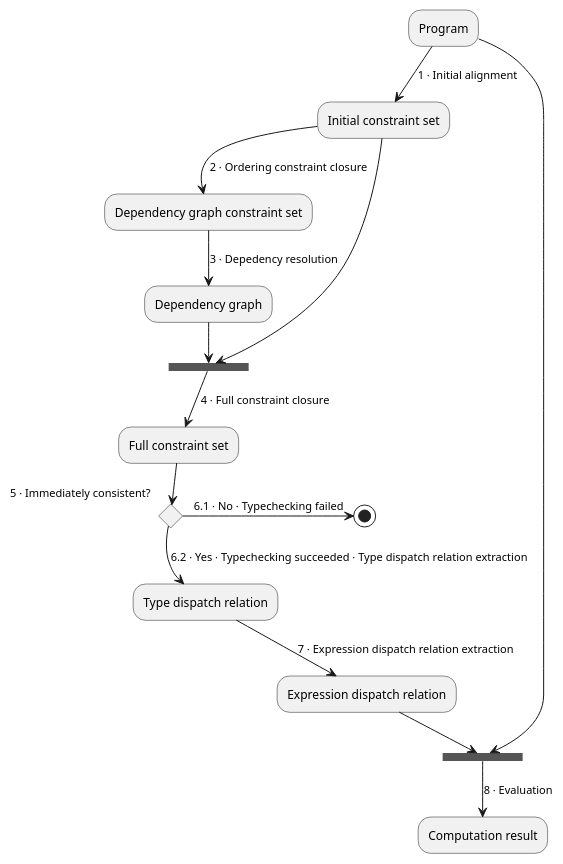
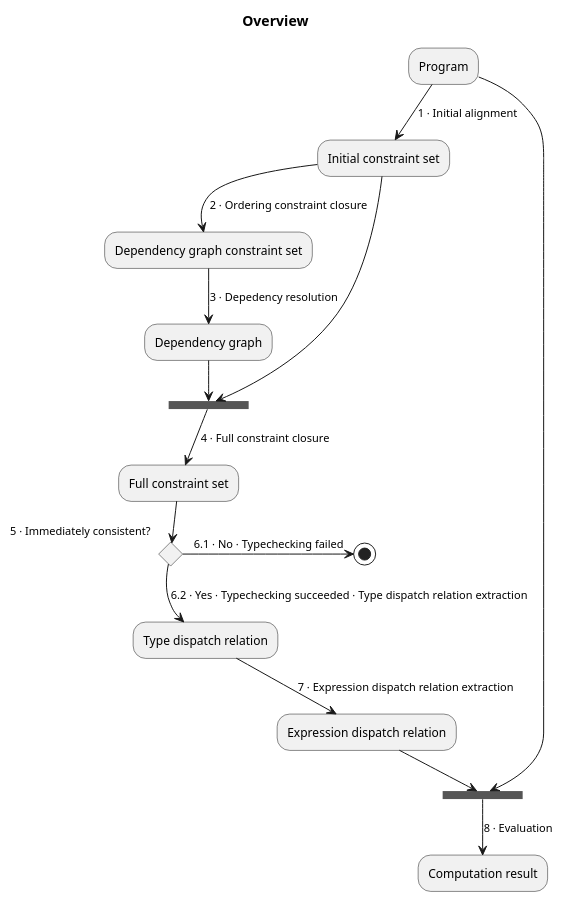
One commit to JHU-PL-Lab/whayrf changed the first of 2 diagrams in docs/implementation-notes.org. Above: the diagram before and after it, drawn with PlantUML. The commit also changed other lines of this file and 5 other files, not shown here.

```diff
--- a/docs/implementation-notes.org
+++ b/docs/implementation-notes.org
@@ -5,17 +5,19 @@
   #+BEGIN_SRC plantuml :file images/overview.png :exports results
+    title Overview
+
     "Program" -->[1 · Initial alignment] "Initial constraint set"
     -->[2 · Ordering constraint closure] "Dependency graph constraint set"
     -->[3 · Depedency resolution] "Dependency graph"
     --> ===full_constraint_closure===
     "Initial constraint set" --> ===full_constraint_closure===
     ===full_constraint_closure=== -->[4 · Full constraint closure] "Full constraint set"
     if "5 · Immediately consistent?" then
       ->[6.1 · No · Typechecking failed] (*)
     else
       -->[6.2 · Yes · Typechecking succeeded · Type dispatch relation extraction] "Type dispatch relation"
       -->[7 · Expression dispatch relation extraction] "Expression dispatch relation"
       --> ===evaluation===
       "Program" --> ===evaluation===
       ===evaluation=== -->[8 · Evaluation] "Computation result"
     endif
   #+END_SRC
```
